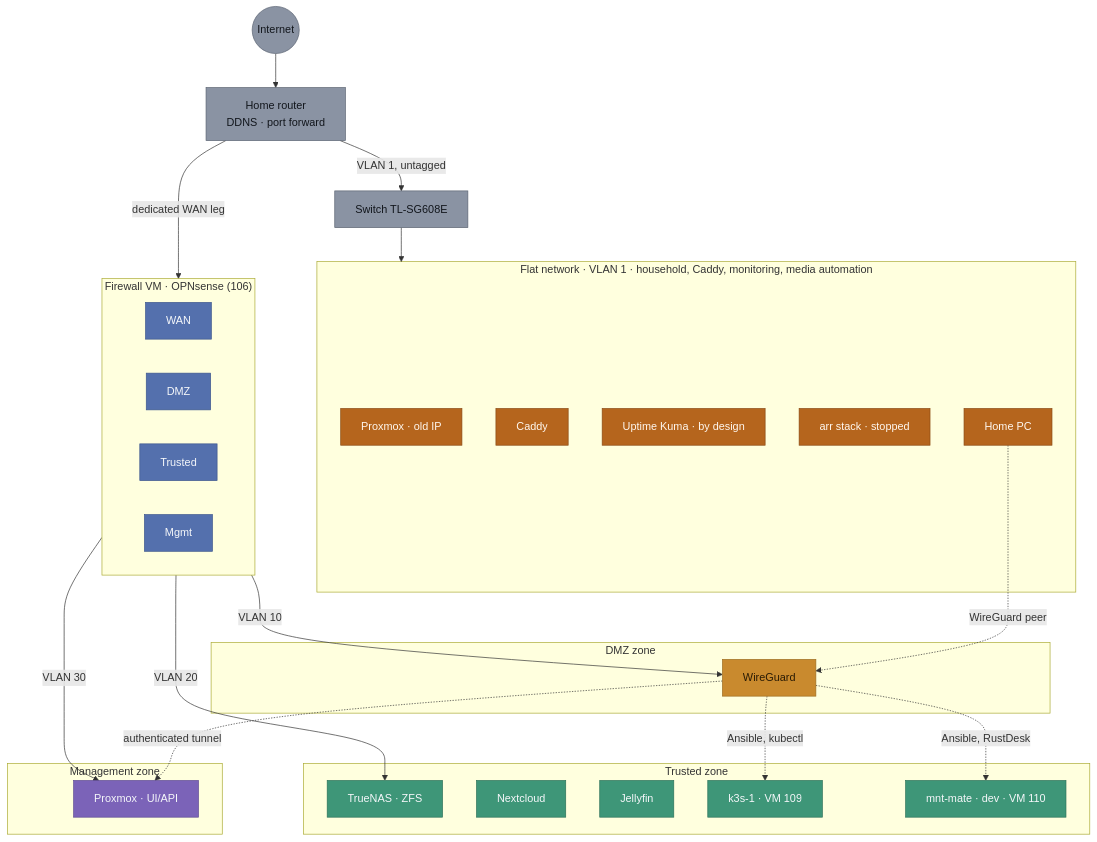
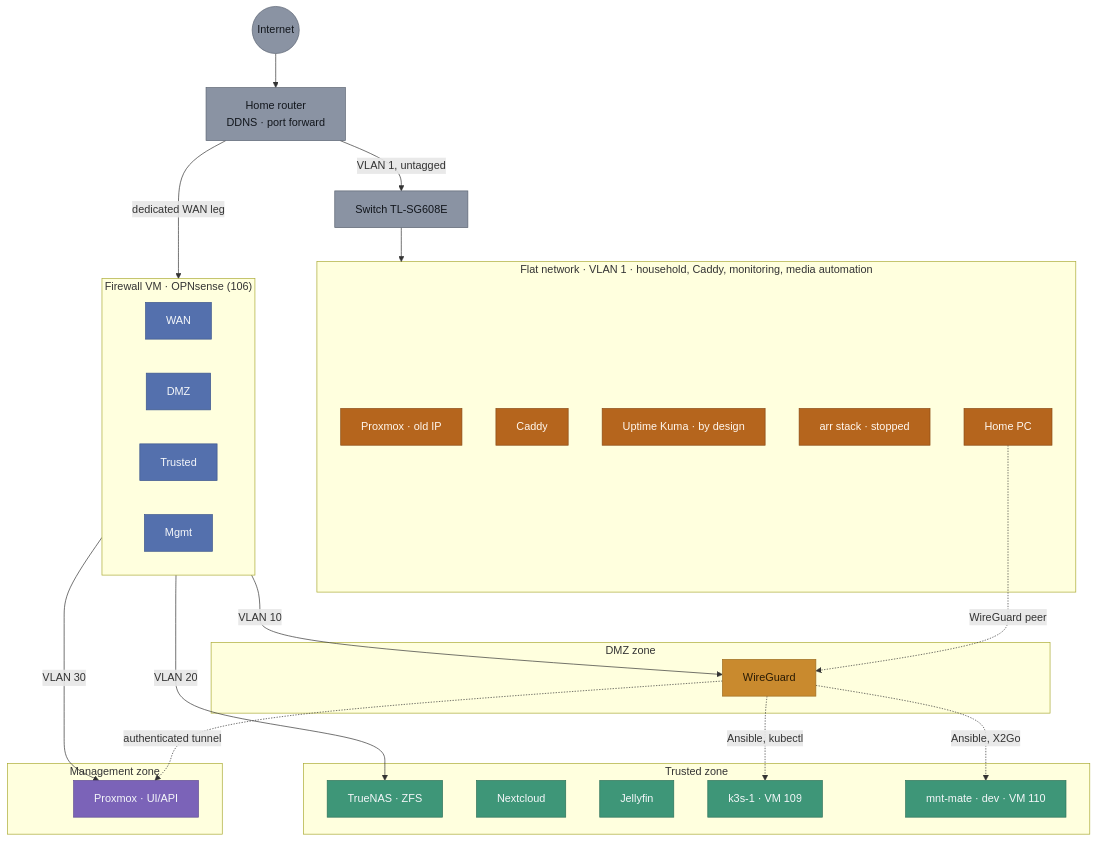
One commit to RuiGRMargarido/homelab changed the first of 6 diagrams in docs/NETWORK.md. Above: the diagram before and after it, drawn with Mermaid. The commit also changed other lines of this file and 11 other files, not shown here.

````diff
--- a/docs/NETWORK.md
+++ b/docs/NETWORK.md
@@ -17,60 +17,60 @@
 ```mermaid
 flowchart TB
     INT(("Internet")):::neut
     ROUTER["Home router<br/>DDNS · port forward"]:::neut
     INT --> ROUTER
 
     SW["Switch TL-SG608E"]:::neut
     ROUTER -- "VLAN 1, untagged" --> SW
     ROUTER -- "dedicated WAN leg" --> FWWAN
 
     subgraph FLAT["Flat network · VLAN 1 · household, Caddy, monitoring, media automation"]
         PVEA["Proxmox · old IP"]:::flat
         CADDY["Caddy"]:::flat
         KUMA["Uptime Kuma · by design"]:::flat
         ARR["arr stack · stopped"]:::flat
         PC["Home PC"]:::flat
     end
 
     SW --> FLAT
 
     subgraph FW["Firewall VM · OPNsense (106)"]
         direction LR
         FWWAN["WAN"]:::fw
         FWDMZ["DMZ"]:::fw
         FWTRU["Trusted"]:::fw
         FWMGM["Mgmt"]:::fw
     end
 
     FWDMZ -- "VLAN 10" --> WG
     FWTRU -- "VLAN 20" --> TN
     FWMGM -- "VLAN 30" --> PVEB
 
     subgraph DMZ["DMZ zone"]
         WG["WireGuard"]:::dmz
     end
 
     subgraph TRUSTED["Trusted zone"]
         NC["Nextcloud"]:::tru
         JF["Jellyfin"]:::tru
         TN["TrueNAS · ZFS"]:::tru
         K3S["k3s-1 · VM 109"]:::tru
         MNT["mnt-mate · dev · VM 110"]:::tru
     end
 
     subgraph MGMT["Management zone"]
         PVEB["Proxmox · UI/API"]:::mgmt
     end
 
     PC -. "WireGuard peer" .-> WG
     WG -. "authenticated tunnel" .-> PVEB
     WG -. "Ansible, kubectl" .-> K3S
-    WG -. "Ansible, RustDesk" .-> MNT
+    WG -. "Ansible, X2Go" .-> MNT
 
     classDef neut fill:#8A93A3,stroke:#5B6472,color:#12161C
     classDef flat fill:#B5651D,stroke:#8A4A15,color:#FFF8F0
     classDef fw fill:#5470AD,stroke:#3C568C,color:#F5F7FA
     classDef dmz fill:#C98A2E,stroke:#9C6B1F,color:#2A1B04
     classDef mgmt fill:#7B63B8,stroke:#5E4A93,color:#F5F7FA
     classDef tru fill:#3E9678,stroke:#2C7259,color:#F5F7FA
 ```
````
